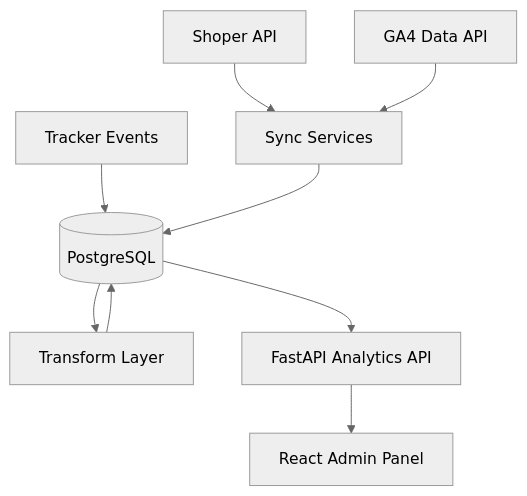
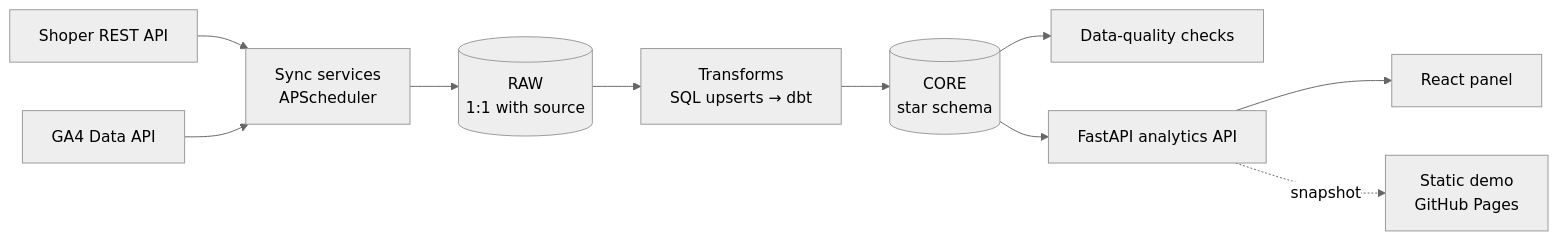
One commit to mxsgd/BI_Shoper changed the diagram in README.md. Above: the diagram before and after it, drawn with Mermaid (neutral theme). The commit also changed other lines of this file, not shown here.

````diff
--- a/README.md
+++ b/README.md
@@ -74,11 +40,12 @@
 ```mermaid
-graph TD
-    A[Shoper API] --> B[Sync Services]
-    G[GA4 Data API] --> B
-    T[Tracker Events] --> D[(PostgreSQL)]
-    B --> D
-    D --> E[Transform Layer]
-    E --> D
-    D --> F[FastAPI Analytics API]
-    F --> H[React Admin Panel]
+graph LR
+    S[Shoper REST API] --> I[Sync services<br/>APScheduler]
+    G[GA4 Data API] --> I
+    I --> R[(RAW<br/>1:1 with source)]
+    R --> T[Transforms<br/>SQL upserts → dbt]
+    T --> C[(CORE<br/>star schema)]
+    C --> Q[Data-quality checks]
+    C --> A[FastAPI analytics API]
+    A --> P[React panel]
+    A -. snapshot .-> D[Static demo<br/>GitHub Pages]
 ```
````
